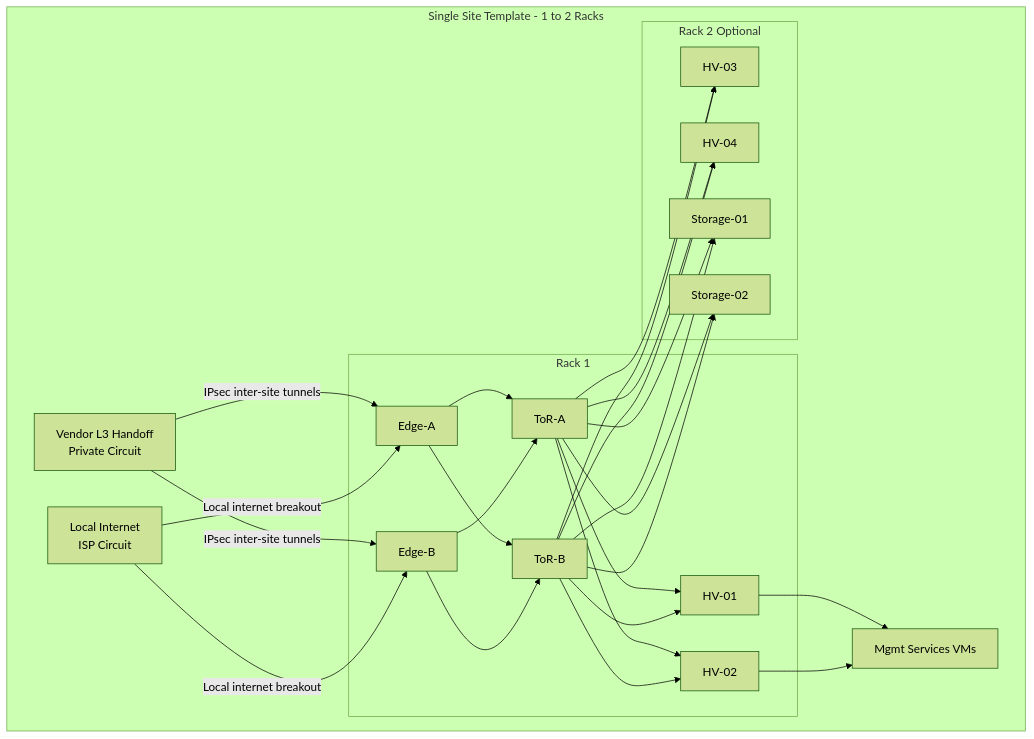
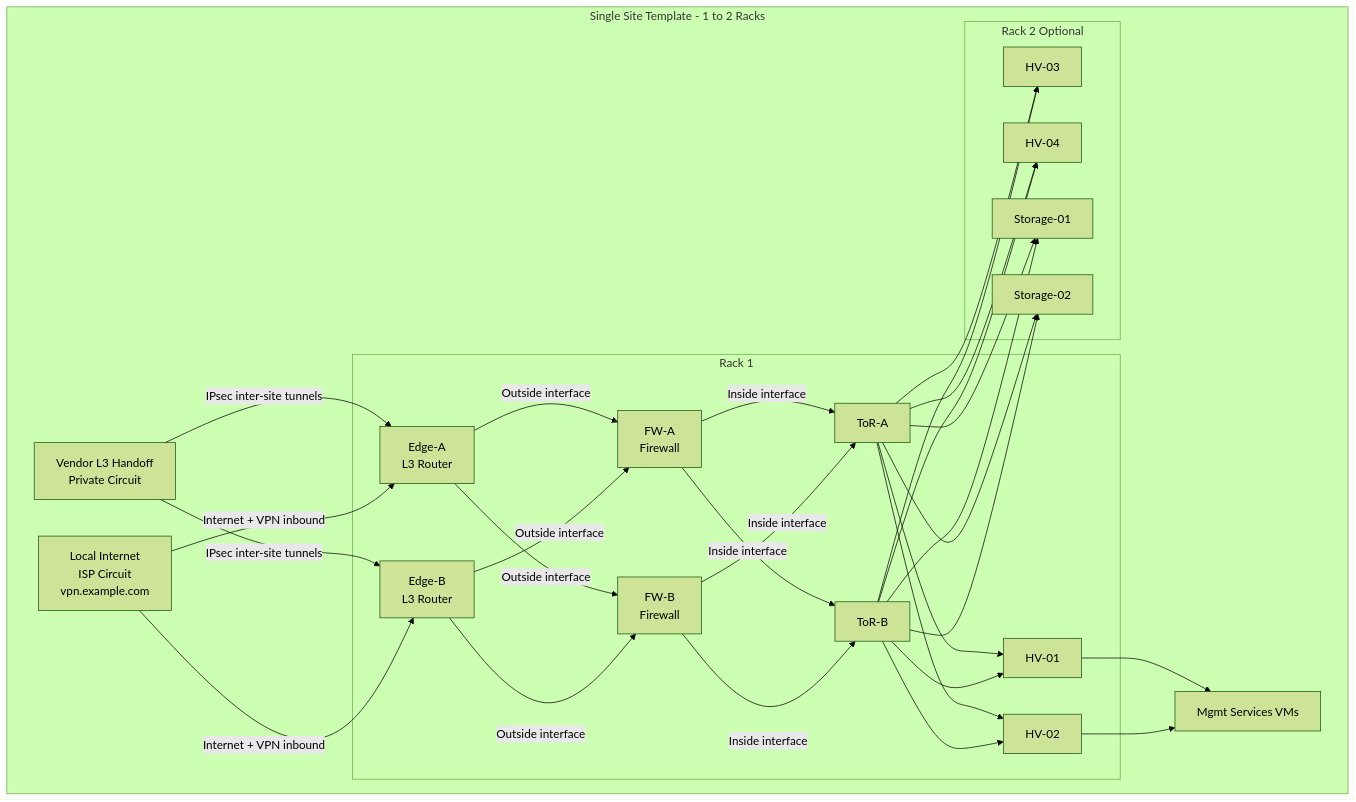
The diagram in network-spanned-dc/docs/03_diagrams/topology_per_site.mmd.md (pancakesaregood/distributed-dc), drawn with Mermaid (forest theme) before and after one commit. The commit also changed other lines of this file and 13 other files, not shown here.

````diff
--- a/network-spanned-dc/docs/03_diagrams/topology_per_site.mmd.md
+++ b/network-spanned-dc/docs/03_diagrams/topology_per_site.mmd.md
@@ -5,50 +5,57 @@
 ```mermaid
 graph TD
   subgraph Site[Single Site Template - 1 to 2 Racks]
     subgraph Rack1[Rack 1]
-      E1[Edge-A]
-      E2[Edge-B]
+      E1[Edge-A\nL3 Router]
+      E2[Edge-B\nL3 Router]
+      F1[FW-A\nFirewall]
+      F2[FW-B\nFirewall]
       T1[ToR-A]
       T2[ToR-B]
       H1[HV-01]
       H2[HV-02]
     end
 
     subgraph Rack2[Rack 2 Optional]
       H3[HV-03]
       H4[HV-04]
       S1[Storage-01]
       S2[Storage-02]
     end
 
     WAN[Vendor L3 Handoff\nPrivate Circuit]
-    INET[Local Internet\nISP Circuit]
+    INET[Local Internet\nISP Circuit\nvpn.example.com]
     MGMT[Mgmt Services VMs]
   end
 
   WAN -->|IPsec inter-site tunnels| E1
   WAN -->|IPsec inter-site tunnels| E2
-  INET -->|Local internet breakout| E1
-  INET -->|Local internet breakout| E2
+  INET -->|Internet + VPN inbound| E1
+  INET -->|Internet + VPN inbound| E2
 
-  E1 --> T1
-  E1 --> T2
-  E2 --> T1
-  E2 --> T2
+  E1 -->|Outside interface| F1
+  E1 -->|Outside interface| F2
+  E2 -->|Outside interface| F1
+  E2 -->|Outside interface| F2
+
+  F1 -->|Inside interface| T1
+  F1 -->|Inside interface| T2
+  F2 -->|Inside interface| T1
+  F2 -->|Inside interface| T2
 
   T1 --> H1
   T2 --> H1
   T1 --> H2
   T2 --> H2
   T1 --> H3
   T2 --> H3
   T1 --> H4
   T2 --> H4
   T1 --> S1
   T2 --> S1
   T1 --> S2
   T2 --> S2
 
   H1 --> MGMT
   H2 --> MGMT
 ```
````
